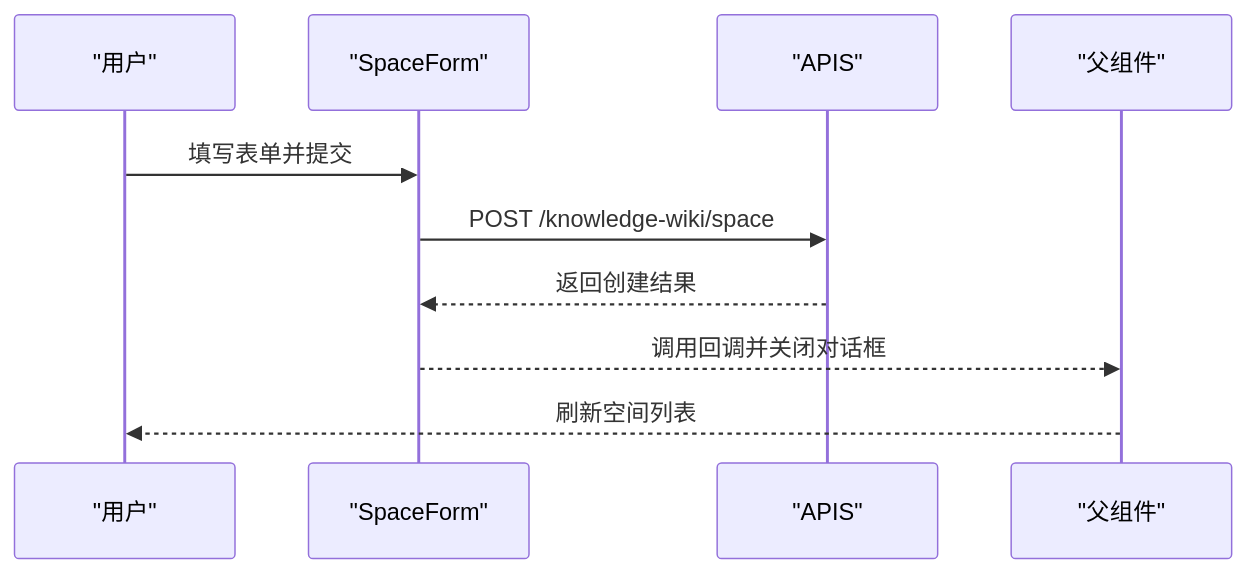
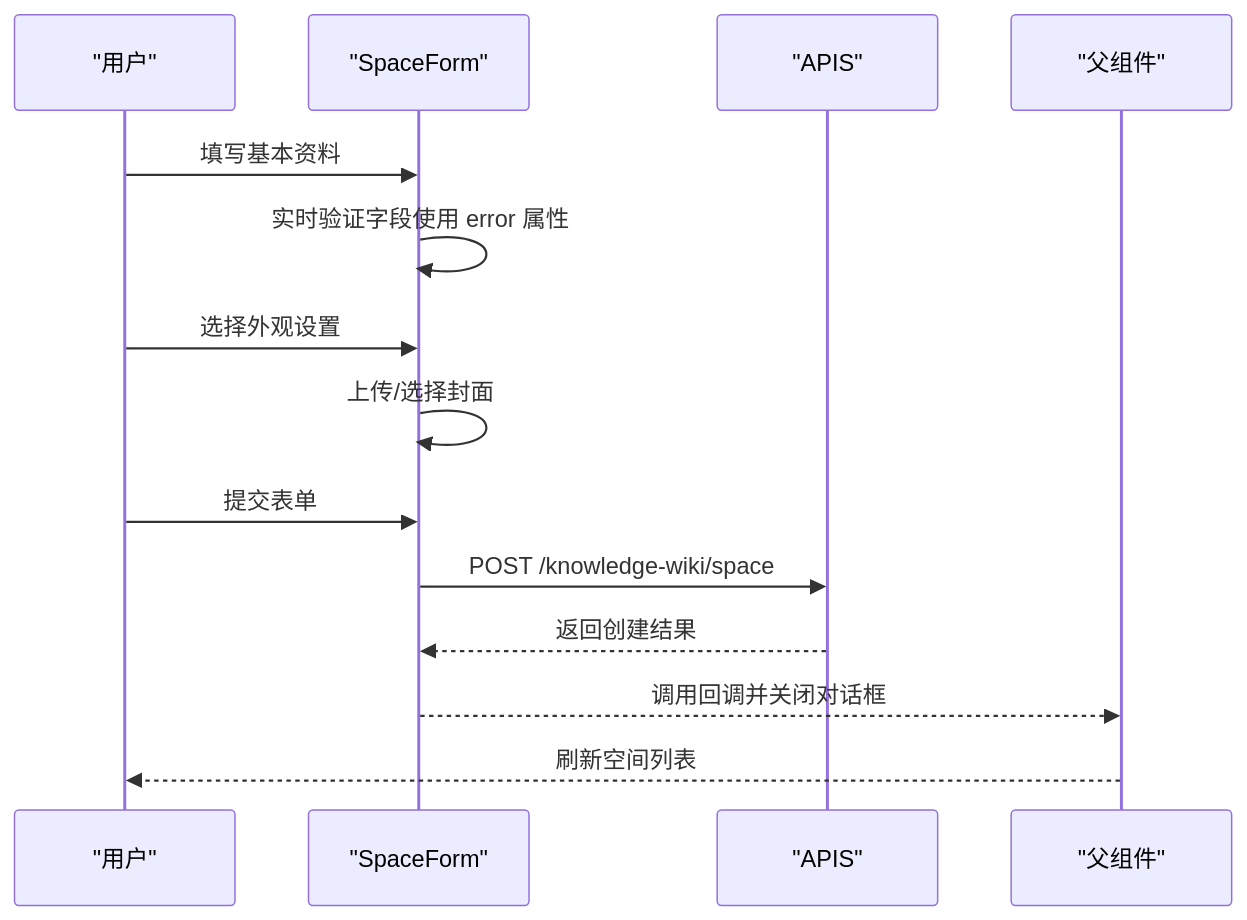
Before and after one commit to LRF0422/Kotion: the seventh of 9 diagrams in .qoder/repowiki/zh/content/功能模块/知识库管理/空间管理.md, drawn with Mermaid. The commit also changed other lines of this file and 75 other files, not shown here.

````diff
--- a/.qoder/repowiki/zh/content/功能模块/知识库管理/空间管理.md
+++ b/.qoder/repowiki/zh/content/功能模块/知识库管理/空间管理.md
@@ -309,12 +335,16 @@
 ```mermaid
 sequenceDiagram
 participant U as "用户"
 participant SF as "SpaceForm"
 participant API as "APIS"
 participant Parent as "父组件"
-U->>SF : 填写表单并提交
+U->>SF : 填写基本资料
+SF->>SF : 实时验证字段使用 error 属性
+U->>SF : 选择外观设置
+SF->>SF : 上传/选择封面
+U->>SF : 提交表单
 SF->>API : POST /knowledge-wiki/space
 API-->>SF : 返回创建结果
 SF-->>Parent : 调用回调并关闭对话框
 Parent-->>U : 刷新空间列表
 ```
````
